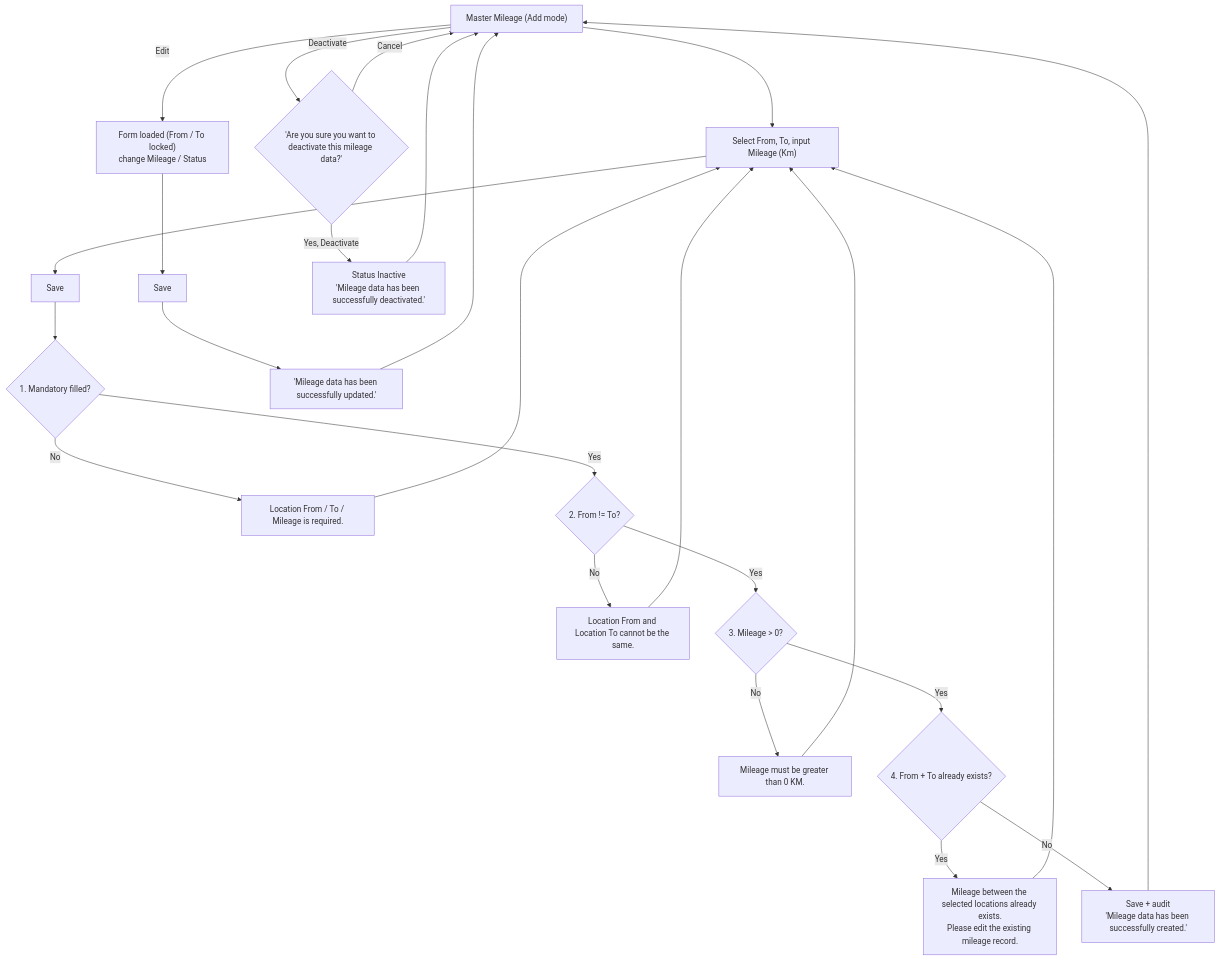
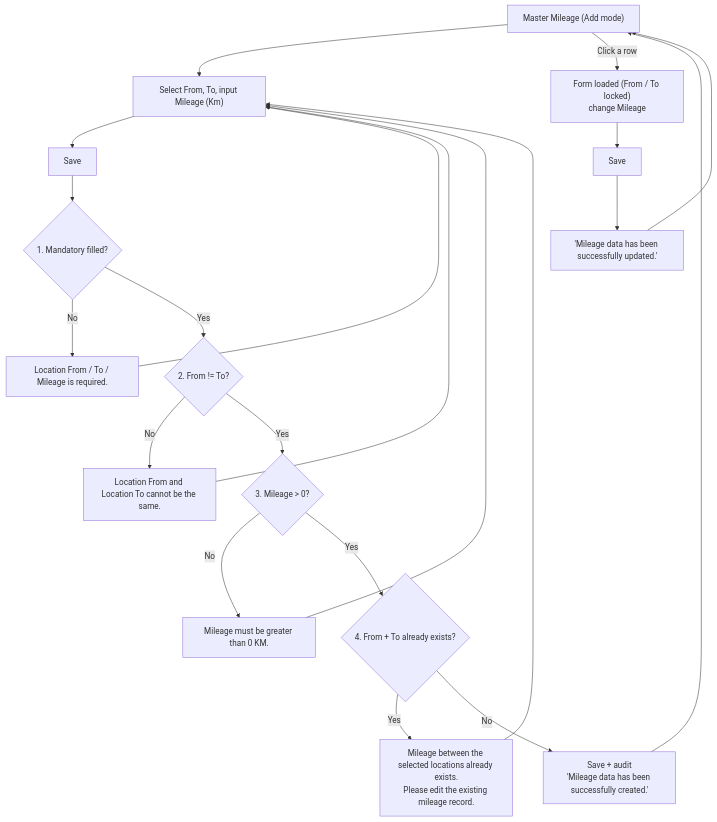
The first of 2 diagrams in docs/master-mileage-rules.md (santo-san/tc-pbr), drawn with Mermaid before and after one commit. The commit also changed other lines of this file and 4 other files, not shown here.

````diff
--- a/docs/master-mileage-rules.md
+++ b/docs/master-mileage-rules.md
@@ -26,18 +27,15 @@
 ```mermaid
 flowchart TD
   A["Master Mileage (Add mode)"] --> F["Select From, To, input Mileage (Km)"]
   F --> S["Save"]
   S --> V1{"1. Mandatory filled?"}
   V1 -- "No" --> E1["Location From / To / Mileage is required."] --> F
   V1 -- "Yes" --> V2{"2. From != To?"}
   V2 -- "No" --> E2["Location From and Location To cannot be the same."] --> F
   V2 -- "Yes" --> V3{"3. Mileage > 0?"}
   V3 -- "No" --> E3["Mileage must be greater than 0 KM."] --> F
   V3 -- "Yes" --> V4{"4. From + To already exists?"}
   V4 -- "Yes" --> E4["Mileage between the selected locations already exists.<br/>Please edit the existing mileage record."] --> F
   V4 -- "No" --> OK["Save + audit<br/>'Mileage data has been successfully created.'"] --> A
-  A -- "Edit" --> ED["Form loaded (From / To locked)<br/>change Mileage / Status"] --> S2["Save"] --> OK2["'Mileage data has been successfully updated.'"] --> A
-  A -- "Deactivate" --> C{"'Are you sure you want to deactivate this mileage data?'"}
-  C -- "Yes, Deactivate" --> D["Status Inactive<br/>'Mileage data has been successfully deactivated.'"] --> A
-  C -- "Cancel" --> A
+  A -- "Click a row" --> ED["Form loaded (From / To locked)<br/>change Mileage"] --> S2["Save"] --> OK2["'Mileage data has been successfully updated.'"] --> A
 ```
````
